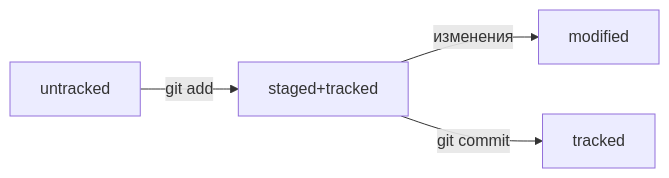
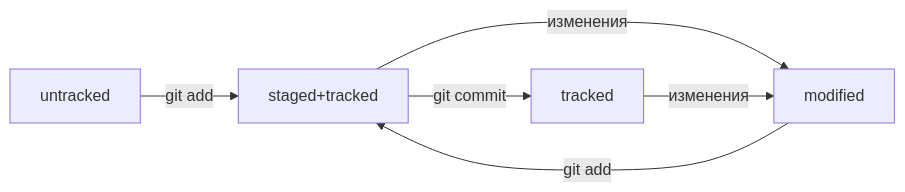
One commit to SurrealGentleman/RP1 changed the diagram in README.md. Above: the diagram before and after it, drawn with Mermaid.

Commit message:
финал схемы

````diff
--- a/README.md
+++ b/README.md
@@ -62,6 +62,8 @@
 ```mermaid
 graph LR;
   untracked -- "git add" --> staged+tracked;
   staged+tracked -- "изменения" --> modified;
   staged+tracked -- "git commit" --> tracked;
+  tracked -- "изменения" --> modified;
+  modified -- "git add" --> staged+tracked;
 ```
````
